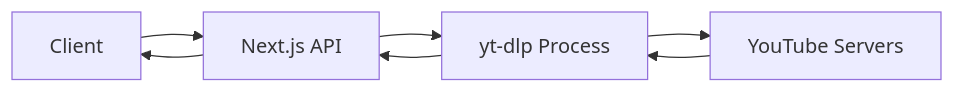
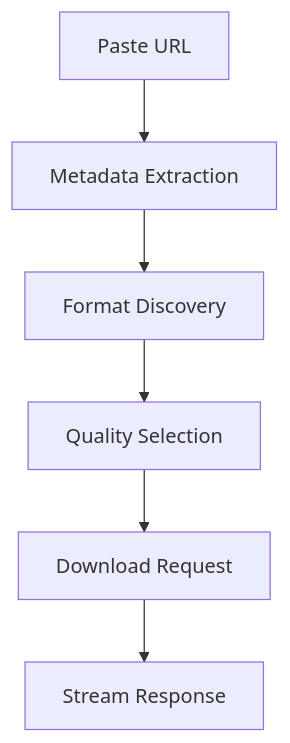
The second of 8 diagrams in README.md (udaysharmadev/Youtube-Downloader), drawn with Mermaid before and after one commit. The commit also changed other lines of this file, not shown here.

````diff
--- a/README.md
+++ b/README.md
@@ -21,9 +61,8 @@
 ```mermaid
-graph LR
-    A[Client] --> B[Next.js API]
-    B --> C[yt-dlp Process]
-    C --> D[YouTube Servers]
-    D --> C
-    C --> B
-    B --> A
+flowchart TD
+  A[Paste URL] --> B[Metadata Extraction]
+  B --> C[Format Discovery]
+  C --> D[Quality Selection]
+  D --> E[Download Request]
+  E --> F[Stream Response]
 ```
````
